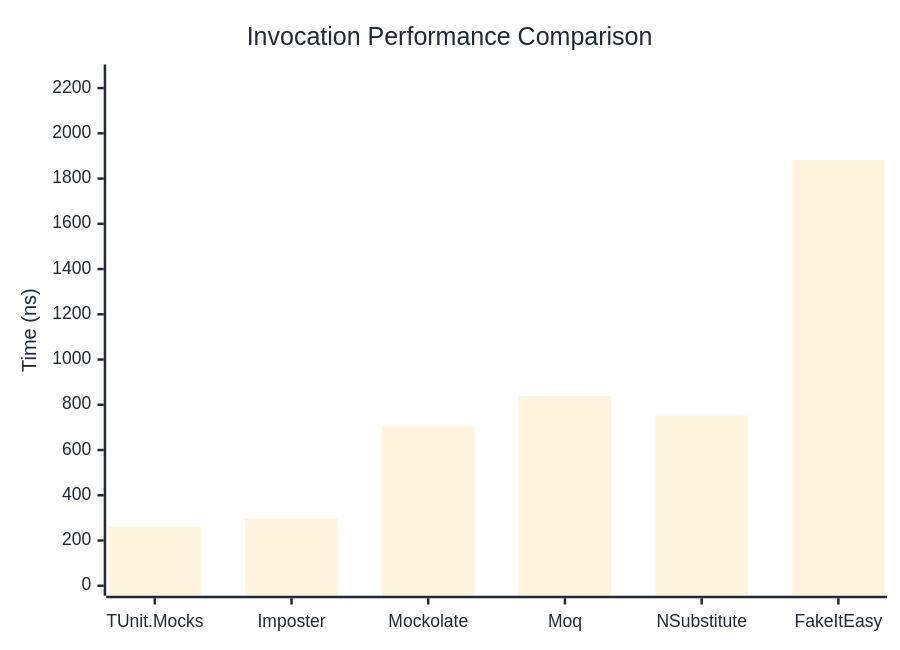
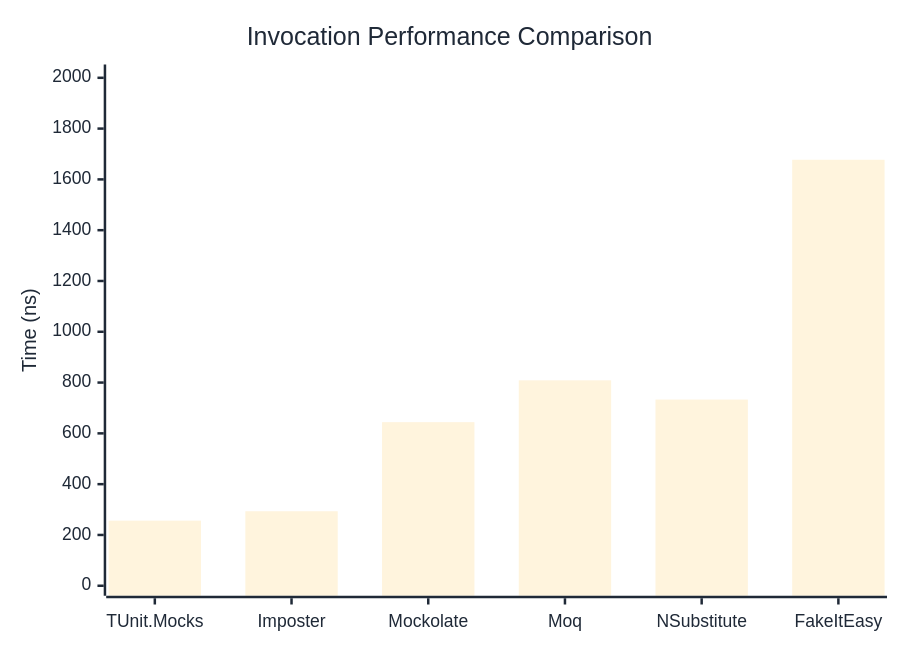
One commit to thomhurst/TUnit changed the first of 3 diagrams in docs/docs/benchmarks/mocks/Invocation.md. Above: the diagram before and after it, drawn with Mermaid. The commit also changed other lines of this file and 14 other files, not shown here.

````diff
--- a/docs/docs/benchmarks/mocks/Invocation.md
+++ b/docs/docs/benchmarks/mocks/Invocation.md
@@ -28,27 +28,27 @@
 ```mermaid
 %%{init: {
   'theme':'base',
   'themeVariables': {
     'primaryColor': '#2563eb',
     'primaryTextColor': '#1f2937',
     'primaryBorderColor': '#1e40af',
     'lineColor': '#6b7280',
     'secondaryColor': '#7c3aed',
     'tertiaryColor': '#dc2626',
     'background': '#ffffff',
     'pie1': '#2563eb',
     'pie2': '#7c3aed',
     'pie3': '#dc2626',
     'pie4': '#f59e0b',
     'pie5': '#10b981',
     'pie6': '#06b6d4',
     'pie7': '#ec4899',
     'pie8': '#6366f1'
   }
 }}%%
 xychart-beta
   title "Invocation Performance Comparison"
   x-axis ["TUnit.Mocks", "Imposter", "Mockolate", "Moq", "NSubstitute", "FakeItEasy"]
-  y-axis "Time (ns)" 0 --> 2260
-  bar [261.5, 296.5, 707.3, 838.3, 752.6, 1883]
+  y-axis "Time (ns)" 0 --> 2013
+  bar [256.3, 293.4, 644.1, 808.8, 733.1, 1677.3]
 ```
````
